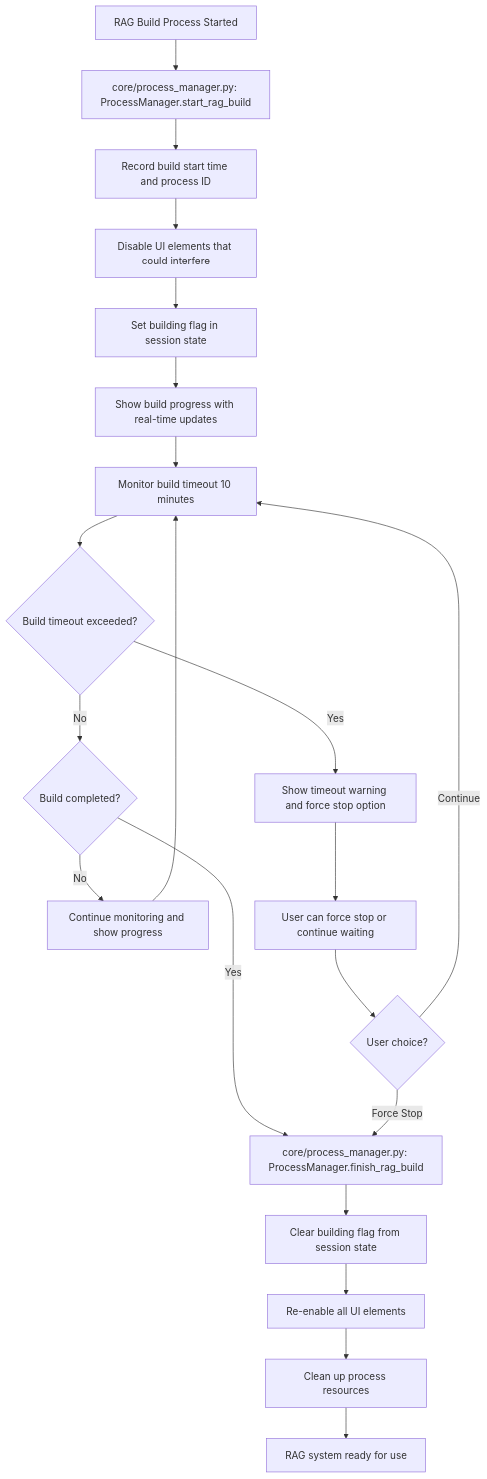
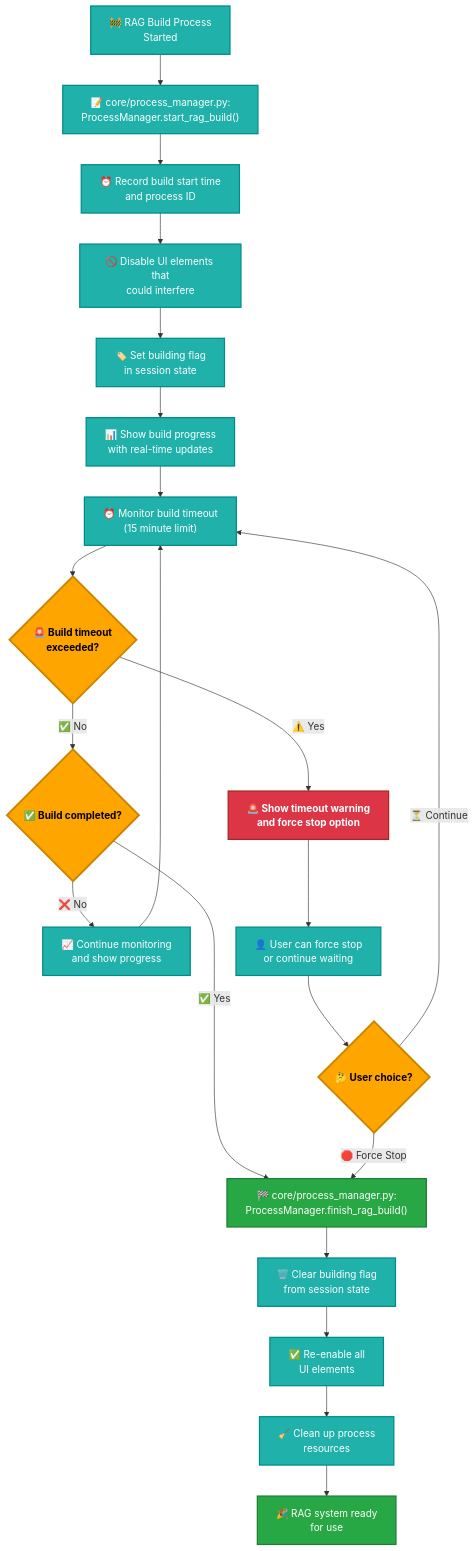
Before and after one commit to anilbattini/codebase-qa: the fourth of 6 diagrams in debug_tools/USER_FLOWS.md, drawn with Mermaid. The commit also changed other lines of this file, not shown here.

Commit message:
Updating colored user_flows, love it.

````diff
--- a/debug_tools/USER_FLOWS.md
+++ b/debug_tools/USER_FLOWS.md
@@ -146,26 +200,39 @@
 ```mermaid
 flowchart TD
-    A[RAG Build Process Started] --> B[core/process_manager.py: ProcessManager.start_rag_build]
-    B --> C[Record build start time and process ID]
-    C --> D[Disable UI elements that could interfere]
-    D --> E[Set building flag in session state]
-    E --> F[Show build progress with real-time updates]
+    %% Color Definitions
+    classDef process fill:#20b2aa,stroke:#008b8b,color:#fff,stroke-width:2px
+    classDef decision fill:#ffa500,stroke:#cc8400,color:#000,stroke-width:3px,font-weight:bold
+    classDef error fill:#dc3545,stroke:#a52722,color:#fff,stroke-width:2px,font-weight:bold
+    classDef success fill:#28a745,stroke:#1e7e34,color:#fff,stroke-width:2px
+
+    %% Process Start
+    A["🚧 RAG Build Process<br/>Started"]:::process
+    A --> B["📝 core/process_manager.py:<br/>ProcessManager.start_rag_build()"]:::process
+    B --> C["⏰ Record build start time<br/>and process ID"]:::process
+    C --> D["🚫 Disable UI elements that<br/>could interfere"]:::process
+    D --> E["🏷️ Set building flag<br/>in session state"]:::process
+    E --> F["📊 Show build progress<br/>with real-time updates"]:::process
     
-    F --> G[Monitor build timeout 10 minutes]
-    G --> H{Build timeout exceeded?}
-    H -->|Yes| I[Show timeout warning and force stop option]
-    H -->|No| J{Build completed?}
-    J -->|No| K[Continue monitoring and show progress]
+    %% Monitoring Loop
+    F --> G["⏰ Monitor build timeout<br/>(15 minute limit)"]:::process
+    G --> H{"🚨 Build timeout<br/>exceeded?"}:::decision
+    H -->|"✅ No"| I{"✅ Build completed?"}:::decision
+    H -->|"⚠️ Yes"| J["🚨 Show timeout warning<br/>and force stop option"]:::error
+    
+    %% Completion Path
+    I -->|"❌ No"| K["📈 Continue monitoring<br/>and show progress"]:::process
+    I -->|"✅ Yes"| L["🏁 core/process_manager.py:<br/>ProcessManager.finish_rag_build()"]:::success
     K --> G
-    J -->|Yes| L[core/process_manager.py: ProcessManager.finish_rag_build]
     
-    I --> M[User can force stop or continue waiting]
-    M --> N{User choice?}
-    N -->|Force Stop| L
-    N -->|Continue| G
+    %% Error Handling
+    J --> M["👤 User can force stop<br/>or continue waiting"]:::process
+    M --> N{"🤔 User choice?"}:::decision
+    N -->|"🛑 Force Stop"| L
+    N -->|"⏳ Continue"| G
     
-    L --> O[Clear building flag from session state]
-    O --> P[Re-enable all UI elements]
-    P --> Q[Clean up process resources]
-    Q --> R[RAG system ready for use]
+    %% Cleanup
+    L --> O["🗑️ Clear building flag<br/>from session state"]:::process
+    O --> P["✅ Re-enable all<br/>UI elements"]:::process
+    P --> Q["🧹 Clean up process<br/>resources"]:::process
+    Q --> R["🎉 RAG system ready<br/>for use"]:::success
 ```
````
